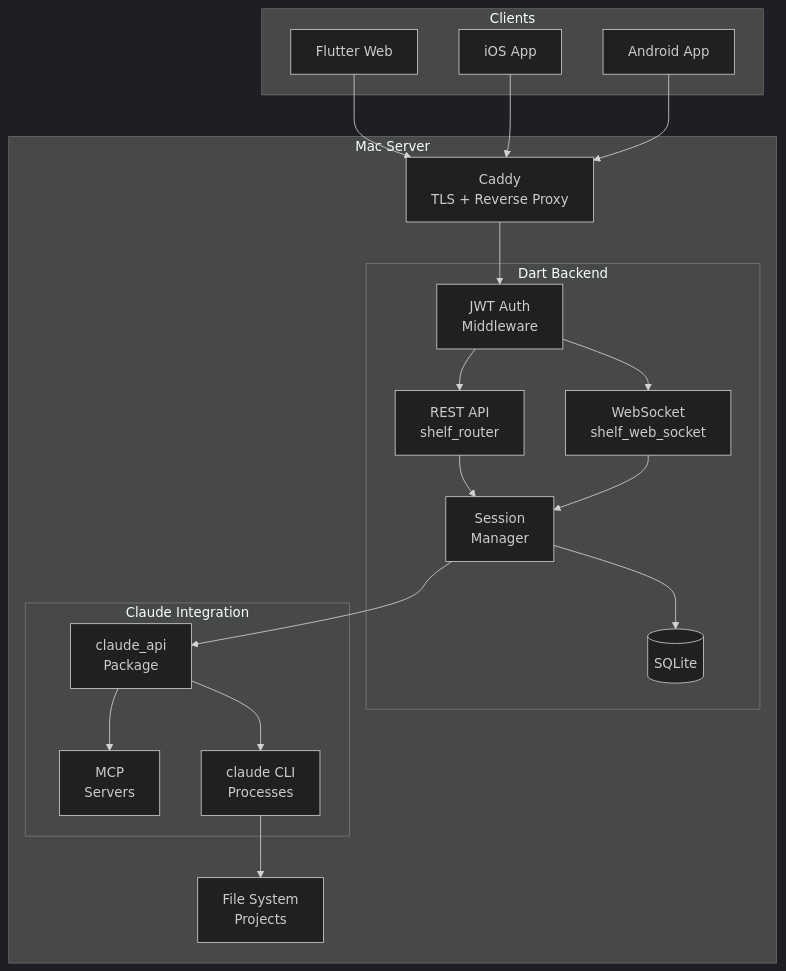
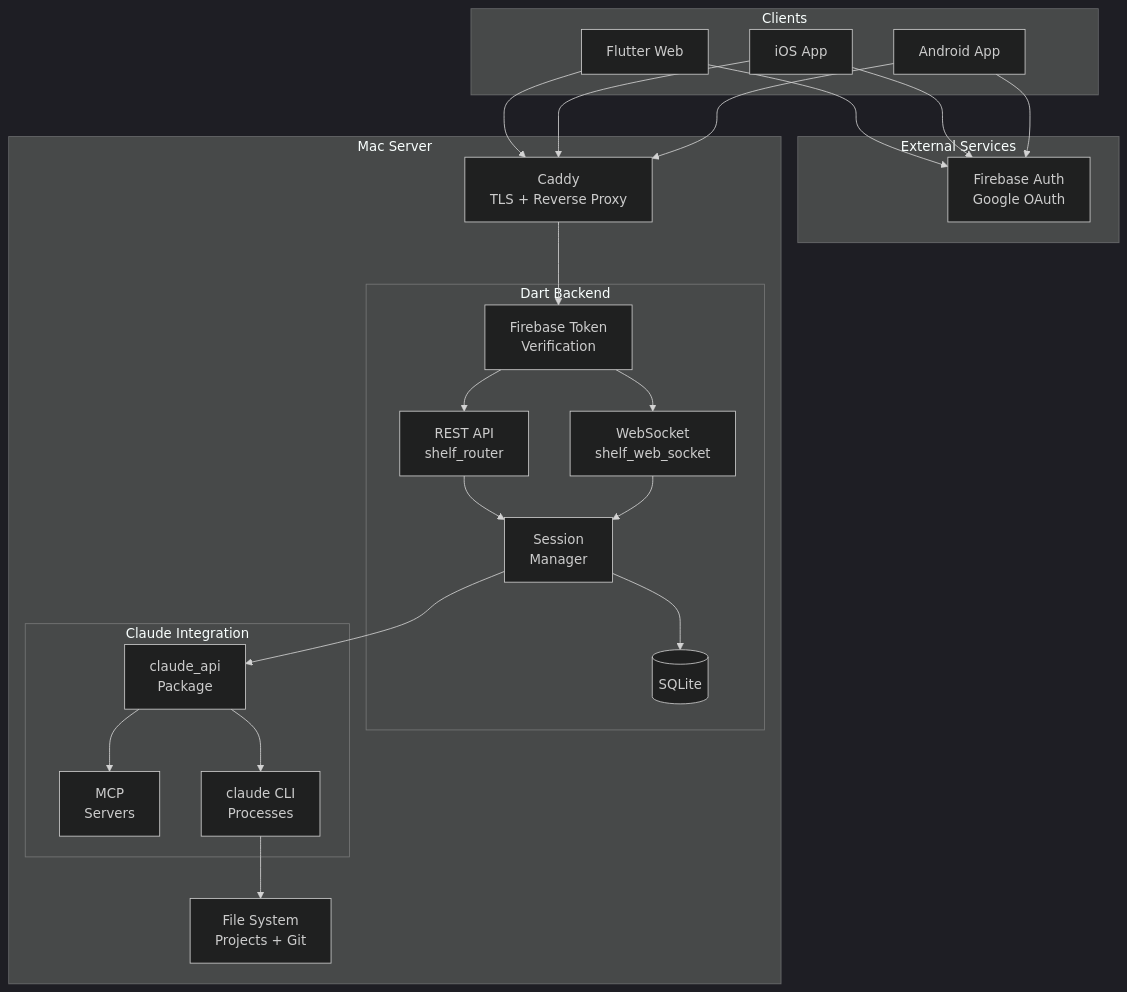
The first of 3 diagrams in specs/requirements-and-research.md (csells/agent_board), drawn with Mermaid (dark theme) before and after one commit. The commit also changed other lines of this file, not shown here.

````diff
--- a/specs/requirements-and-research.md
+++ b/specs/requirements-and-research.md
@@ -548,40 +1641,45 @@
 ```mermaid
 graph TB
     subgraph Clients
         Web[Flutter Web]
         iOS[iOS App]
         Android[Android App]
     end
 
+    subgraph "External Services"
+        Firebase[Firebase Auth<br/>Google OAuth]
+    end
+
     subgraph "Mac Server"
         Caddy[Caddy<br/>TLS + Reverse Proxy]
 
         subgraph "Dart Backend"
-            Auth[JWT Auth<br/>Middleware]
+            Auth[Firebase Token<br/>Verification]
             API[REST API<br/>shelf_router]
             WS[WebSocket<br/>shelf_web_socket]
             Sessions[Session<br/>Manager]
             DB[(SQLite)]
         end
 
         subgraph "Claude Integration"
             ClaudeAPI[claude_api<br/>Package]
             MCP[MCP<br/>Servers]
             CLI[claude CLI<br/>Processes]
         end
 
-        FS[File System<br/>Projects]
+        FS[File System<br/>Projects + Git]
     end
 
+    Web & iOS & Android --> Firebase
     Web & iOS & Android --> Caddy
     Caddy --> Auth
     Auth --> API
     Auth --> WS
     API --> Sessions
     WS --> Sessions
     Sessions --> ClaudeAPI
     Sessions --> DB
     ClaudeAPI --> CLI
     ClaudeAPI --> MCP
     CLI --> FS
 ```
````
